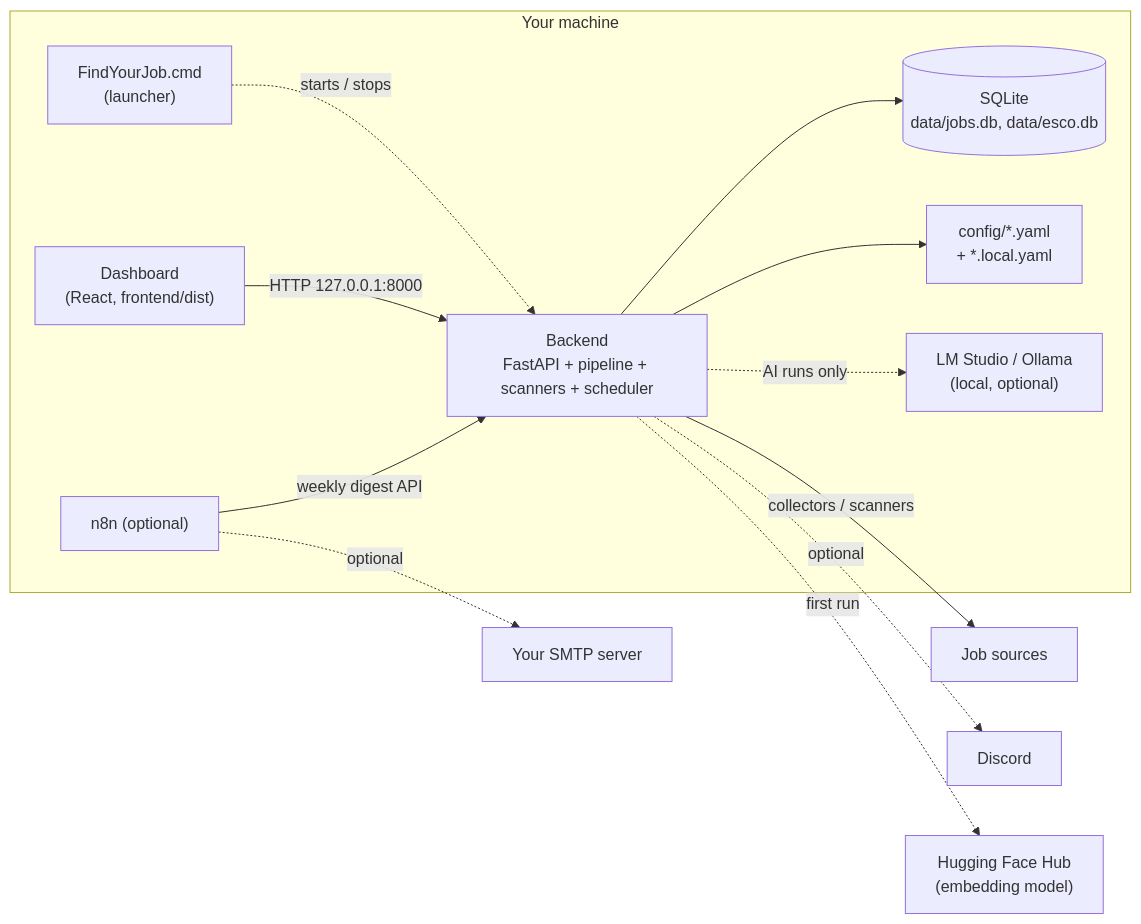
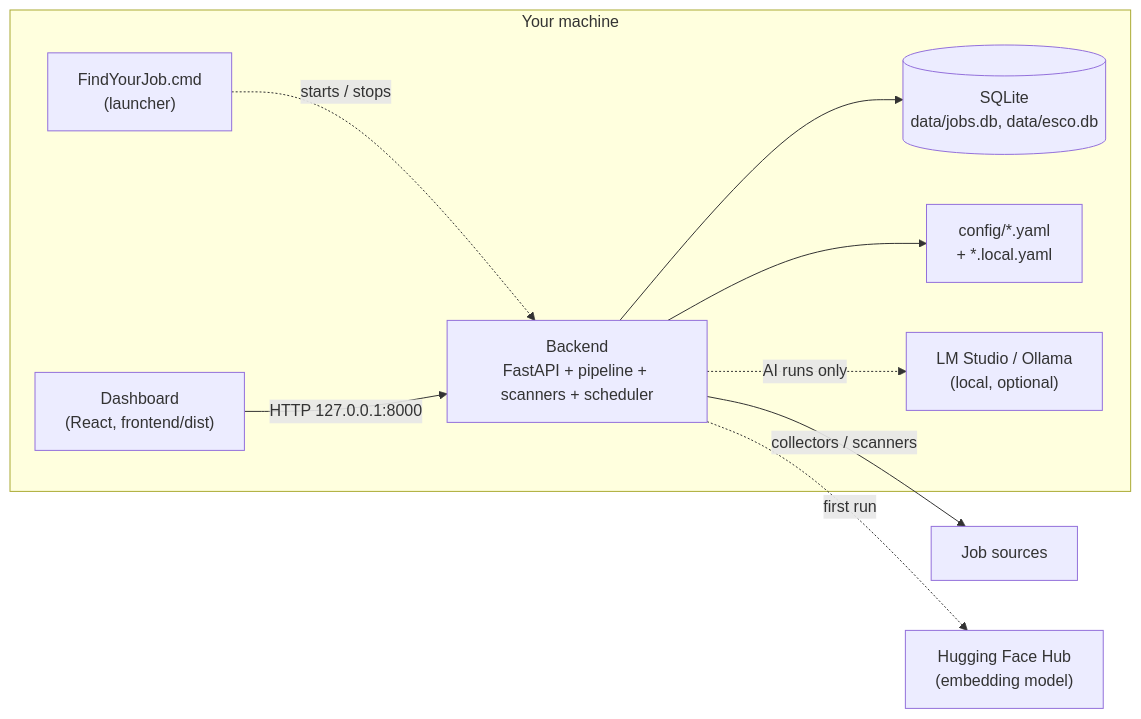
One commit to ItackFPS/Find-Your-Job-With-AI-Public changed the diagram in README.md. Above: the diagram before and after it, drawn with Mermaid. The commit also changed other lines of this file and 94 other files, not shown here.

First line of the commit message:
feat!: remove Discord, n8n and the weekly digest

````diff
--- a/README.md
+++ b/README.md
@@ -197,15 +192,12 @@
 ```mermaid
 flowchart LR
     subgraph Machine["Your machine"]
         L["FindYourJob.cmd<br/>(launcher)"] -. starts / stops .-> B
         UI["Dashboard<br/>(React, frontend/dist)"] -->|HTTP 127.0.0.1:8000| B["Backend<br/>FastAPI + pipeline + scanners + scheduler"]
         B --> DB[("SQLite<br/>data/jobs.db, data/esco.db")]
         B --> CFG["config/*.yaml<br/>+ *.local.yaml"]
         B -. "AI runs only" .-> LLM["LM Studio / Ollama<br/>(local, optional)"]
-        N["n8n (optional)"] -->|weekly digest API| B
     end
     B -->|collectors / scanners| Sites["Job sources"]
-    B -. "optional" .-> D["Discord"]
     B -. "first run" .-> HF["Hugging Face Hub<br/>(embedding model)"]
-    N -. "optional" .-> SMTP["Your SMTP server"]
 ```
````
